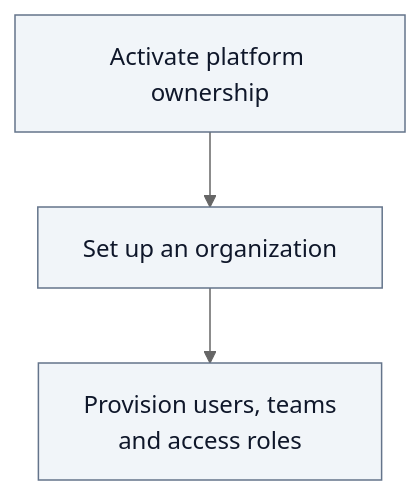
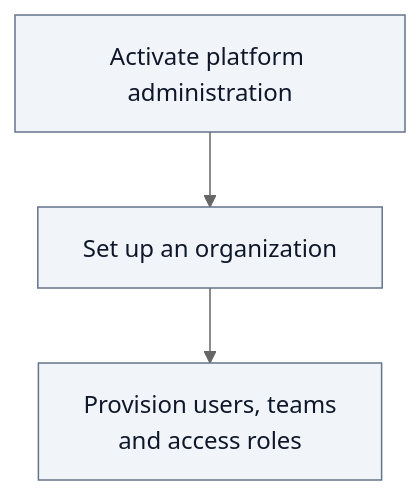
One commit to ThalesGroup/fred changed the first of 2 diagrams in docs/architecture/02.1-user-journeys.md. Above: the diagram before and after it, drawn with Mermaid (neutral theme). The commit also changed other lines of this file and 82 other files, not shown here.

````diff
--- a/docs/architecture/02.1-user-journeys.md
+++ b/docs/architecture/02.1-user-journeys.md
@@ -16,7 +16,7 @@
 ```mermaid
 flowchart TB
-    owner["Activate platform ownership"] --> organization["Set up an organization"]
+    owner["Activate platform administration"] --> organization["Set up an organization"]
     organization --> access["Provision users, teams<br/>and access roles"]
 
     classDef default fill:#F1F5F9,stroke:#64748B,color:#0F172A
 ```
````
